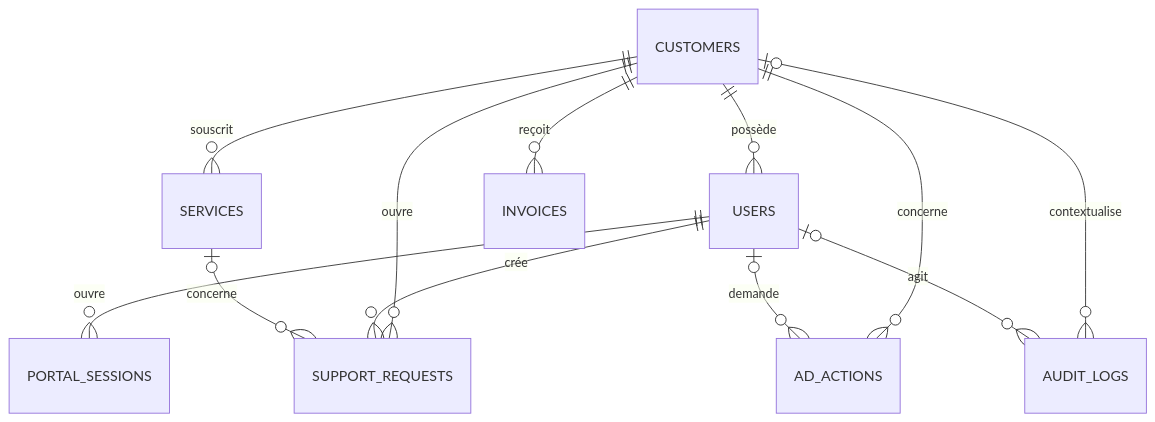
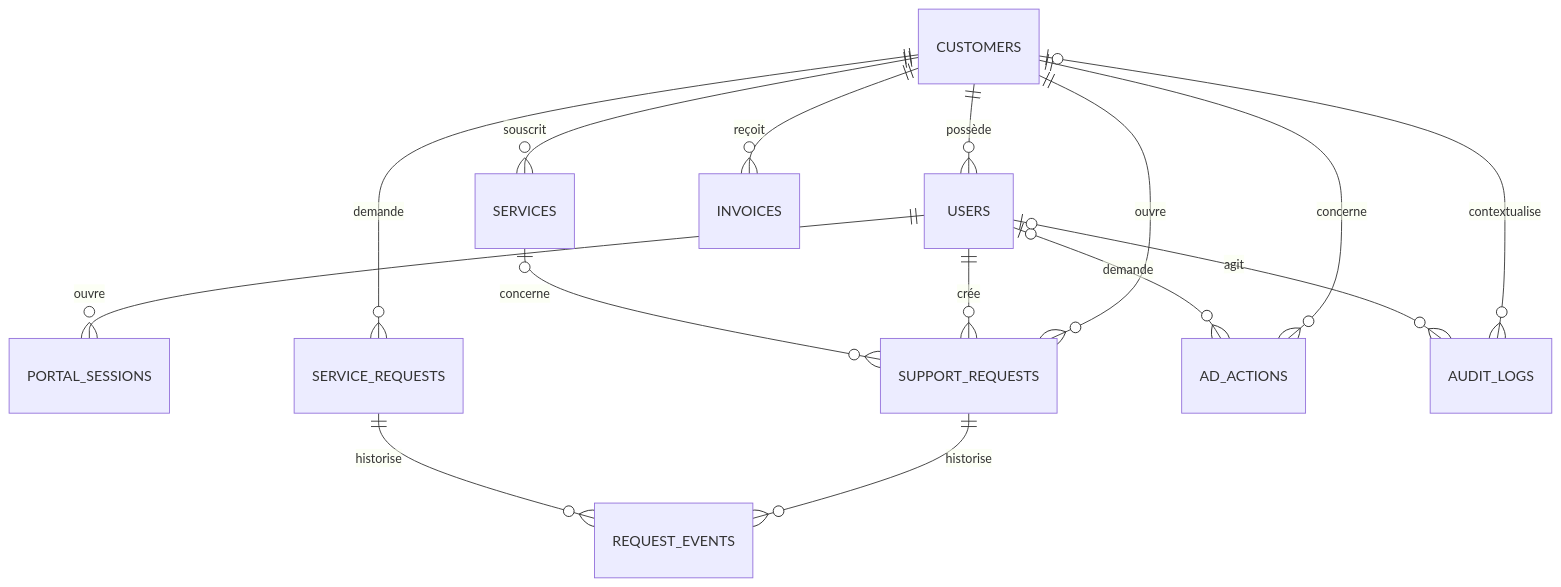
The diagram in docs/DATA_MODEL.md (zhounsah/kermaria-client-platform), drawn with Mermaid before and after one commit. The commit also changed other lines of this file and 56 other files, not shown here.

````diff
--- a/docs/DATA_MODEL.md
+++ b/docs/DATA_MODEL.md
@@ -201,14 +268,17 @@
 ```mermaid
 erDiagram
     CUSTOMERS ||--o{ USERS : possède
     USERS ||--o{ PORTAL_SESSIONS : ouvre
     CUSTOMERS ||--o{ SERVICES : souscrit
     CUSTOMERS ||--o{ INVOICES : reçoit
     CUSTOMERS ||--o{ SUPPORT_REQUESTS : ouvre
     USERS ||--o{ SUPPORT_REQUESTS : crée
     SERVICES o|--o{ SUPPORT_REQUESTS : concerne
+    CUSTOMERS ||--o{ SERVICE_REQUESTS : demande
+    SUPPORT_REQUESTS ||--o{ REQUEST_EVENTS : historise
+    SERVICE_REQUESTS ||--o{ REQUEST_EVENTS : historise
     CUSTOMERS ||--o{ AD_ACTIONS : concerne
     USERS o|--o{ AD_ACTIONS : demande
     CUSTOMERS o|--o{ AUDIT_LOGS : contextualise
     USERS o|--o{ AUDIT_LOGS : agit
 ```
````
